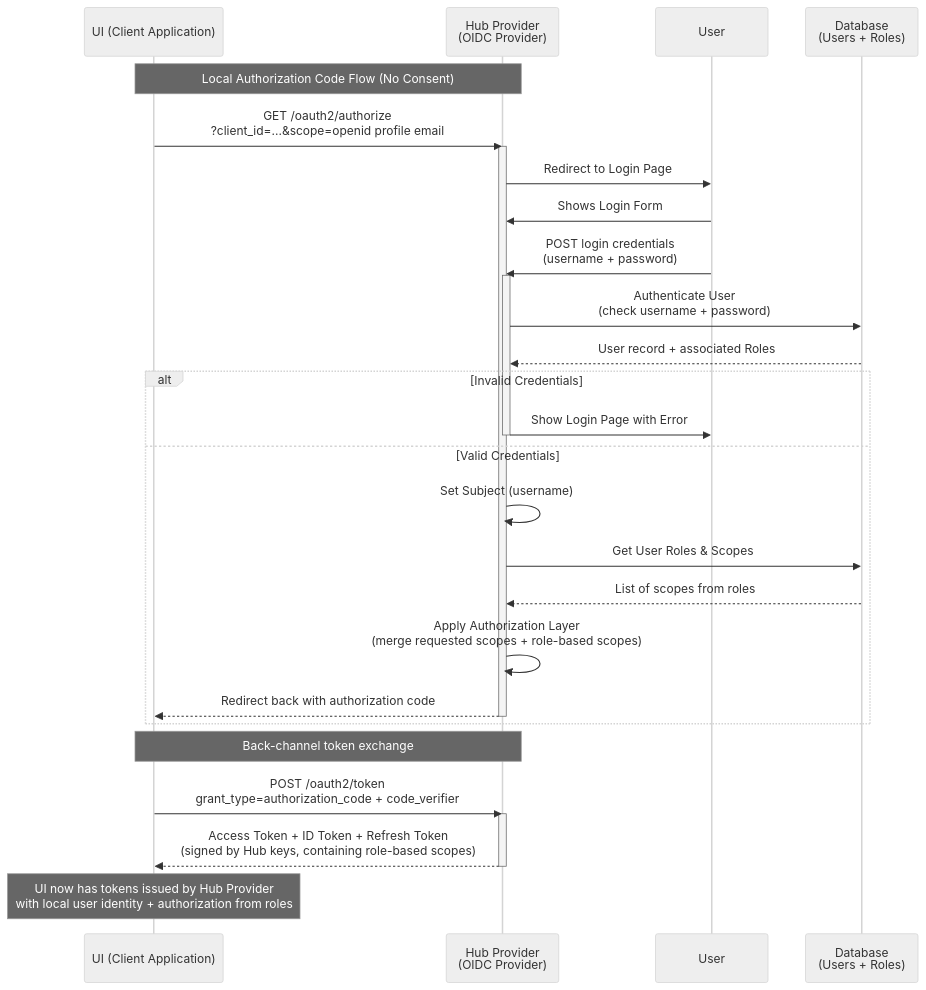
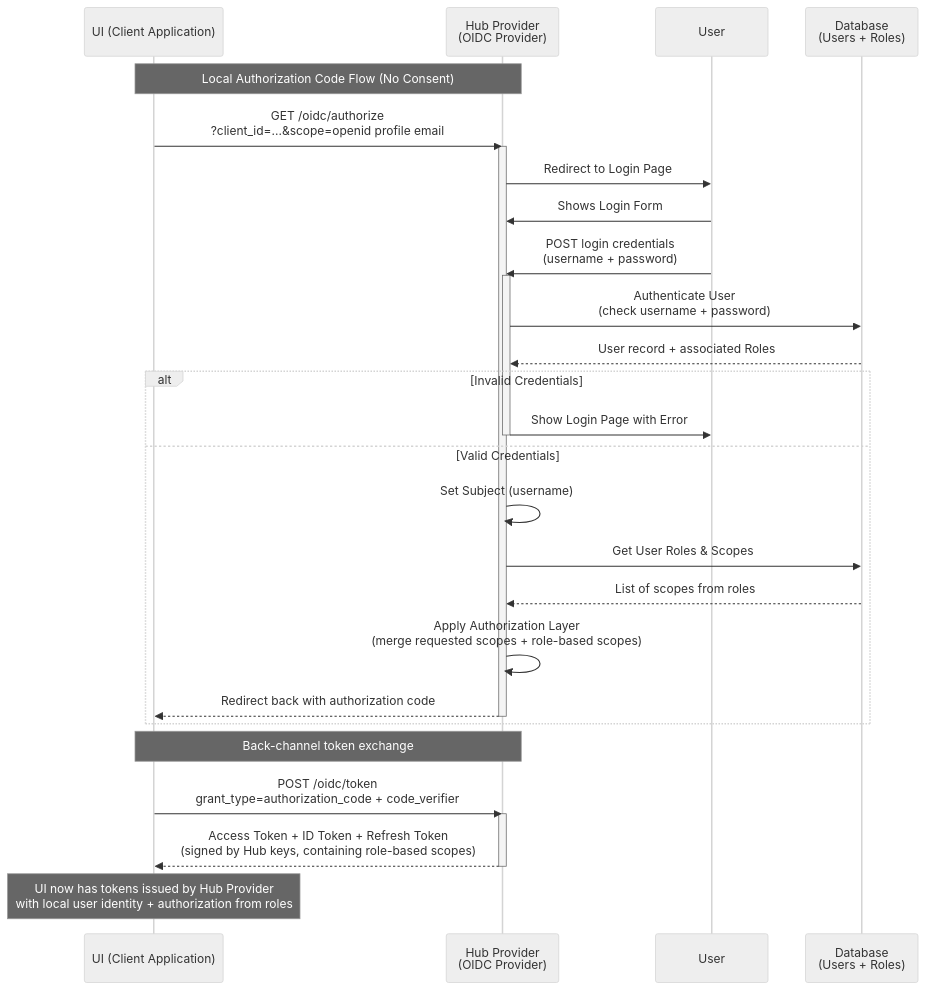
Before and after one commit to konveyor/enhancements: the second of 6 diagrams in enhancements/hub-oidc-provider/DESIGN.md, drawn with Mermaid (neutral theme). The commit also changed other lines of this file, not shown here.

````diff
--- a/enhancements/hub-oidc-provider/DESIGN.md
+++ b/enhancements/hub-oidc-provider/DESIGN.md
@@ -188,47 +188,47 @@
 ```mermaid
 sequenceDiagram
     participant UI as UI (Client Application)
     participant Hub as Hub Provider<br>(OIDC Provider)
     participant User as User
     participant DB as Database<br>(Users + Roles)
 
     Note over UI,Hub: Local Authorization Code Flow (No Consent)
 
-    UI->>Hub: GET /oauth2/authorize<br>?client_id=...&scope=openid profile email
+    UI->>Hub: GET /oidc/authorize<br>?client_id=...&scope=openid profile email
     activate Hub
 
     Hub->>User: Redirect to Login Page
     User->>Hub: Shows Login Form
 
     User->>Hub: POST login credentials<br>(username + password)
     activate Hub
 
     Hub->>DB: Authenticate User<br>(check username + password)
     DB-->>Hub: User record + associated Roles
 
     alt Invalid Credentials
         Hub->>User: Show Login Page with Error
         deactivate Hub
     else Valid Credentials
         Hub->>Hub: Set Subject (username)
 
         Hub->>DB: Get User Roles & Scopes
         DB-->>Hub: List of scopes from roles
 
         Hub->>Hub: Apply Authorization Layer<br>(merge requested scopes + role-based scopes)
 
         Hub-->>UI: Redirect back with authorization code
         deactivate Hub
     end
 
     Note over UI,Hub: Back-channel token exchange
 
-    UI->>Hub: POST /oauth2/token<br>grant_type=authorization_code + code_verifier
+    UI->>Hub: POST /oidc/token<br>grant_type=authorization_code + code_verifier
     activate Hub
 
     Hub-->>UI: Access Token + ID Token + Refresh Token<br>(signed by Hub keys, containing role-based scopes)
 
     deactivate Hub
 
     Note over UI: UI now has tokens issued by Hub Provider<br>with local user identity + authorization from roles
 ```
````
